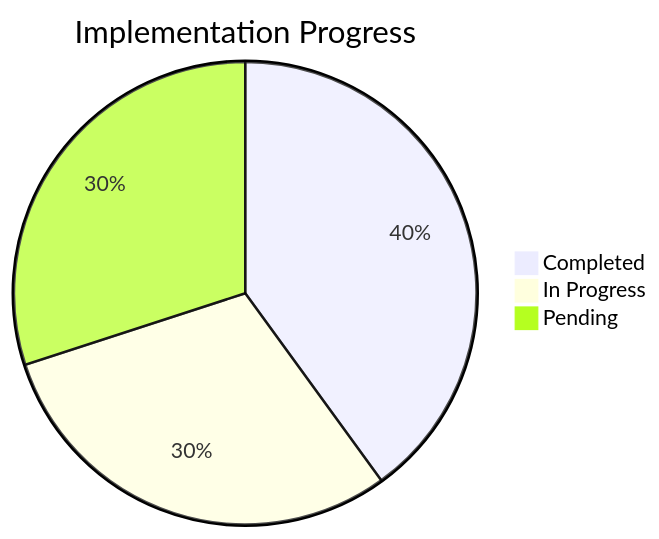
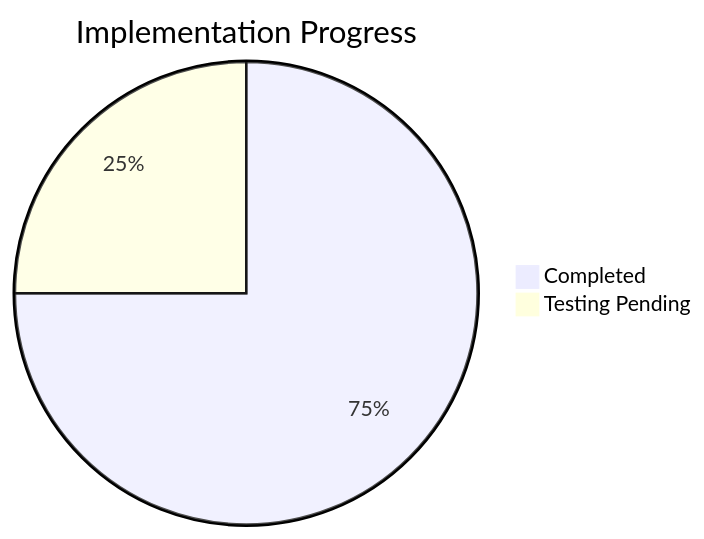
One commit to hackathon-nstech/database-nsdocs-consumption-module changed the first of 3 diagrams in memory-bank/progress.md. Above: the diagram before and after it, drawn with Mermaid. The commit also changed other lines of this file and 25 other files, not shown here.

````diff
--- a/memory-bank/progress.md
+++ b/memory-bank/progress.md
@@ -110,6 +112,5 @@
 ```mermaid
 pie title Implementation Progress
-    "Completed" : 40
-    "In Progress" : 30
-    "Pending" : 30
+    "Completed" : 75
+    "Testing Pending" : 25
 ```
````
